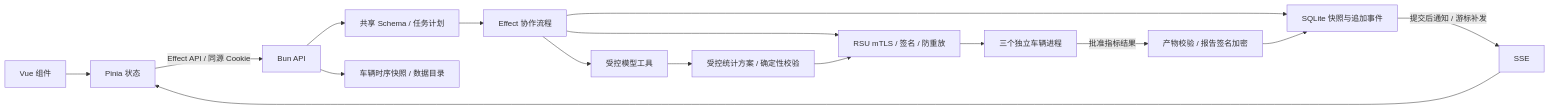
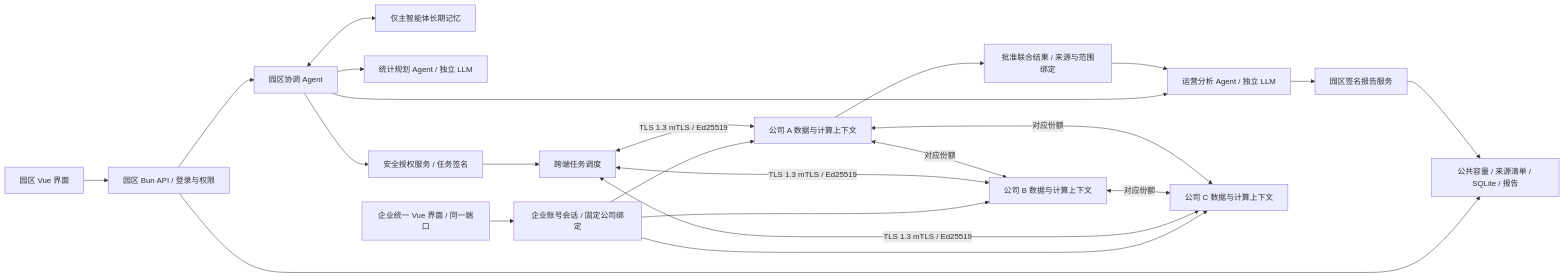
One commit to shutingchai5-ux/vectra-source-0.2.0 changed the diagram in docs/architecture.md. Above: the diagram before and after it, drawn with Mermaid. The commit also changed other lines of this file and 622 other files, not shown here.

````diff
--- a/docs/architecture.md
+++ b/docs/architecture.md
@@ -3,18 +5,25 @@
-```mermaid
+~~~mermaid
 flowchart LR
-  Vue[Vue 组件] --> State[Pinia 状态]
-  State -->|Effect API / 同源 Cookie| API[Bun API]
-  API --> Plan[共享 Schema / 任务计划]
-  Plan --> Flow[Effect 协作流程]
-  Flow --> Model[受控模型工具]
-  Flow --> RSU[RSU mTLS / 签名 / 防重放]
-  RSU --> MPC[三个独立车辆进程]
-  MPC -->|批准指标结果| Report[产物校验 / 报告签名加密]
-  API --> Data[车辆时序快照 / 数据目录]
-  Model --> DSL[受控统计方案 / 确定性校验]
-  DSL --> RSU
-  Flow --> DB[SQLite 快照与追加事件]
-  Report --> DB
-  DB -->|提交后通知 / 游标补发| SSE[SSE]
-  SSE --> State
-```
+  PU[园区 Vue 界面] --> P[园区 Bun API / 登录与权限]
+  P --> M[园区协调 Agent]
+  M <--> Memory[仅主智能体长期记忆]
+  M --> Planner[统计规划 Agent / 独立 LLM]
+  M --> Analyst[运营分析 Agent / 独立 LLM]
+  P --> State[公共容量 / 来源清单 / SQLite / 报告]
+  M --> Auth[安全授权服务 / 任务签名]
+  Auth --> F[跨端任务调度]
+  CU[企业统一 Vue 界面 / 同一端口] --> Login[企业账号会话 / 固定公司绑定]
+  Login --> A[公司 A 数据与计算上下文]
+  Login --> B[公司 B 数据与计算上下文]
+  Login --> C[公司 C 数据与计算上下文]
+  F <-->|TLS 1.3 mTLS / Ed25519| A
+  F <-->|TLS 1.3 mTLS / Ed25519| B
+  F <-->|TLS 1.3 mTLS / Ed25519| C
+  A <-->|对应份额| B
+  B <-->|对应份额| C
+  C <-->|对应份额| A
+  A --> Out[批准联合结果 / 来源与范围绑定]
+  Out --> Analyst
+  Analyst --> Report[园区签名报告服务]
+  Report --> State
+~~~
````
